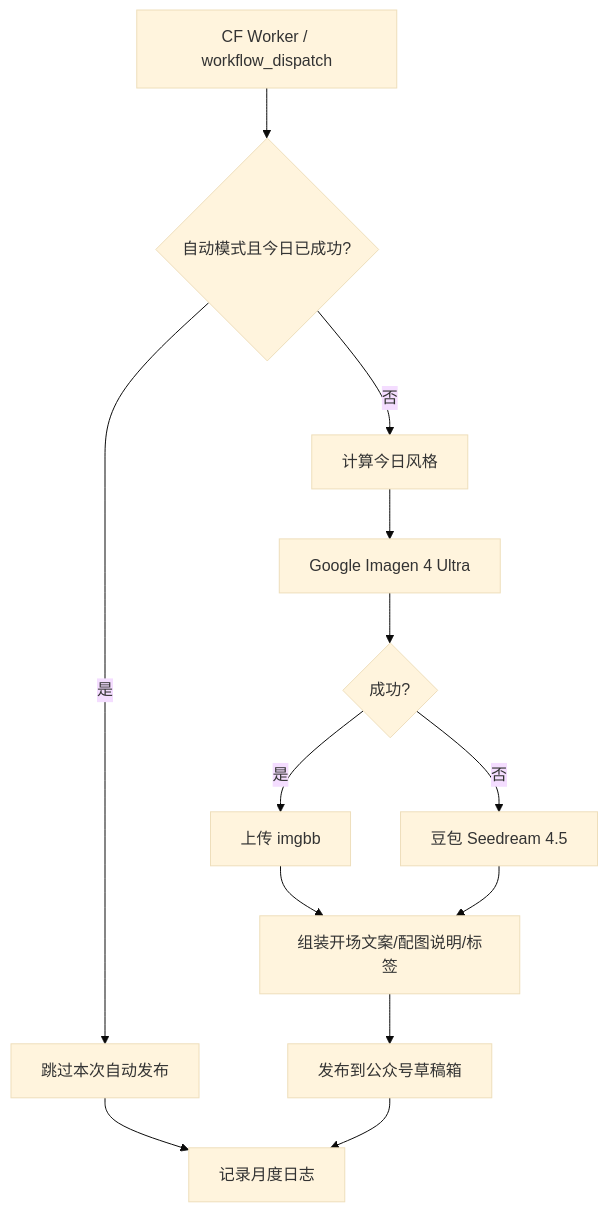
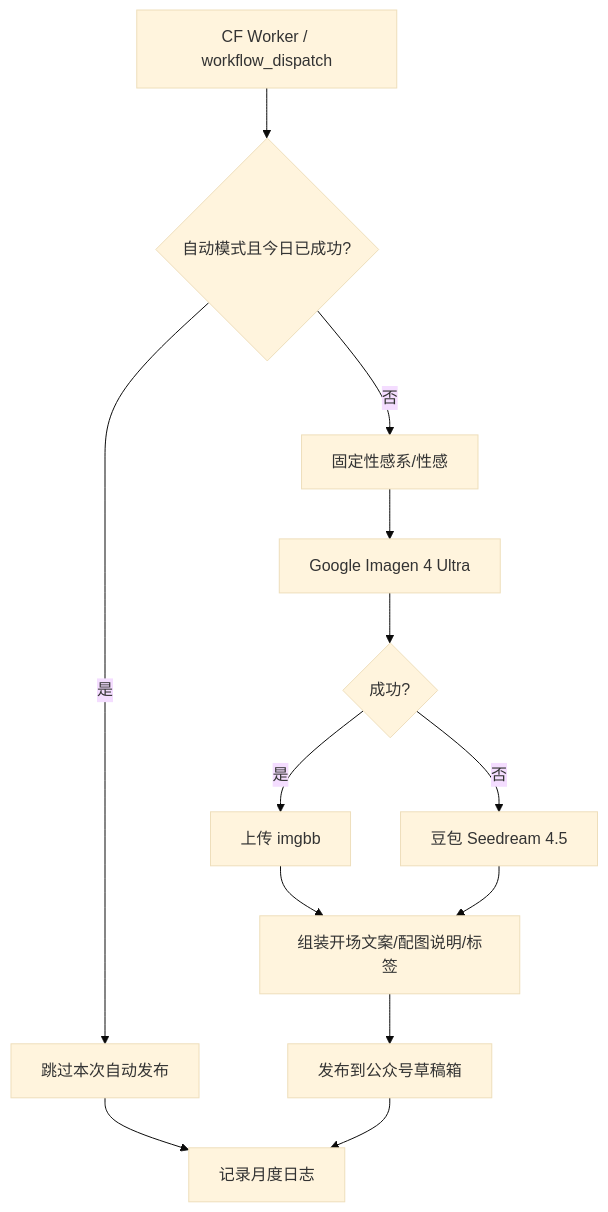
Before and after one commit to lairulan/beauty-generator: the diagram in WORKFLOW.md, drawn with Mermaid (base theme). The commit also changed other lines of this file and 14 other files, not shown here.

Commit message:
v12.44.0: 固定文生图性感风格

````diff
--- a/WORKFLOW.md
+++ b/WORKFLOW.md
@@ -33,15 +34,15 @@
 ```mermaid
 flowchart TD
   A[CF Worker / workflow_dispatch] --> B{自动模式且今日已成功?}
   B -->|是| C[跳过本次自动发布]
-  B -->|否| D[计算今日风格]
+  B -->|否| D[固定性感系/性感]
   D --> E[Google Imagen 4 Ultra]
   E --> F{成功?}
   F -->|是| G[上传 imgbb]
   F -->|否| H[豆包 Seedream 4.5]
   G --> I[组装开场文案/配图说明/标签]
   H --> I
   I --> J[发布到公众号草稿箱]
   C --> K[记录月度日志]
   J --> K
 ```
````
